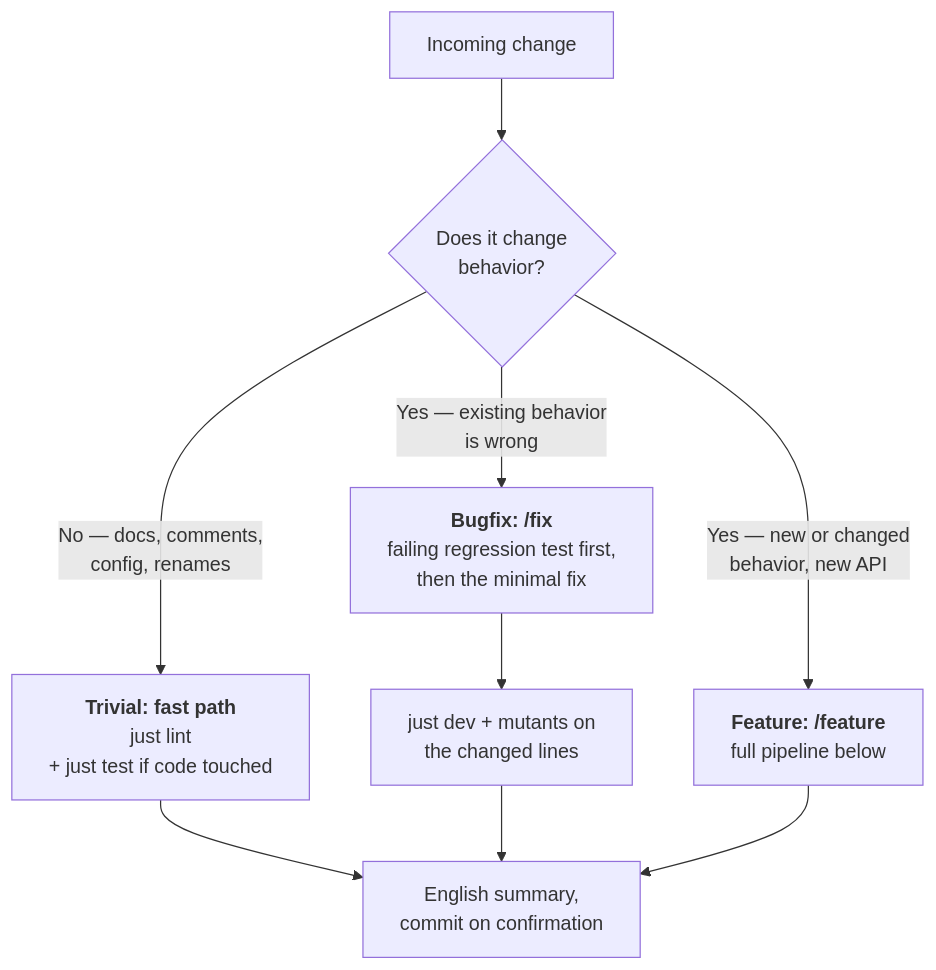
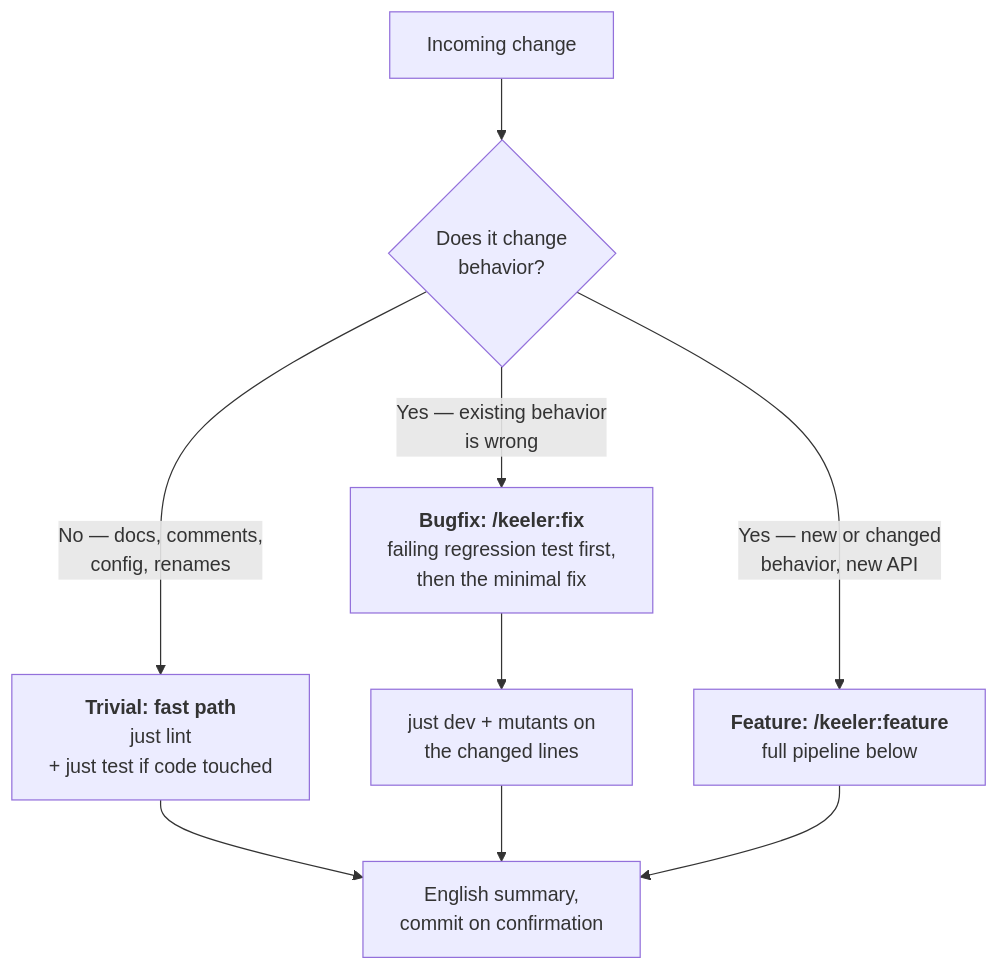
One commit to minikin/keeler changed the first of 2 diagrams in KEELER.md. Above: the diagram before and after it, drawn with Mermaid. The commit also changed other lines of this file and 18 other files, not shown here.

````diff
--- a/KEELER.md
+++ b/KEELER.md
@@ -41,10 +41,10 @@
 ```mermaid
 flowchart TD
     A[Incoming change] --> B{Does it change<br/>behavior?}
     B -- "No — docs, comments,<br/>config, renames" --> C[<b>Trivial: fast path</b><br/>just lint<br/>+ just test if code touched]
-    B -- "Yes — existing behavior<br/>is wrong" --> D[<b>Bugfix: /fix</b><br/>failing regression test first,<br/>then the minimal fix]
-    B -- "Yes — new or changed<br/>behavior, new API" --> E[<b>Feature: /feature</b><br/>full pipeline below]
+    B -- "Yes — existing behavior<br/>is wrong" --> D[<b>Bugfix: /keeler:fix</b><br/>failing regression test first,<br/>then the minimal fix]
+    B -- "Yes — new or changed<br/>behavior, new API" --> E[<b>Feature: /keeler:feature</b><br/>full pipeline below]
     C --> F[English summary,<br/>commit on confirmation]
     D --> G[just dev + mutants on<br/>the changed lines] --> F
     E --> F
 ```
````
